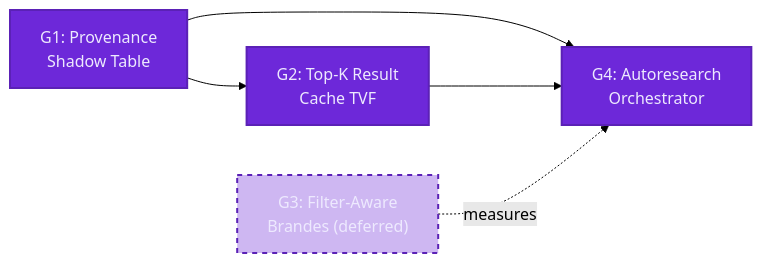
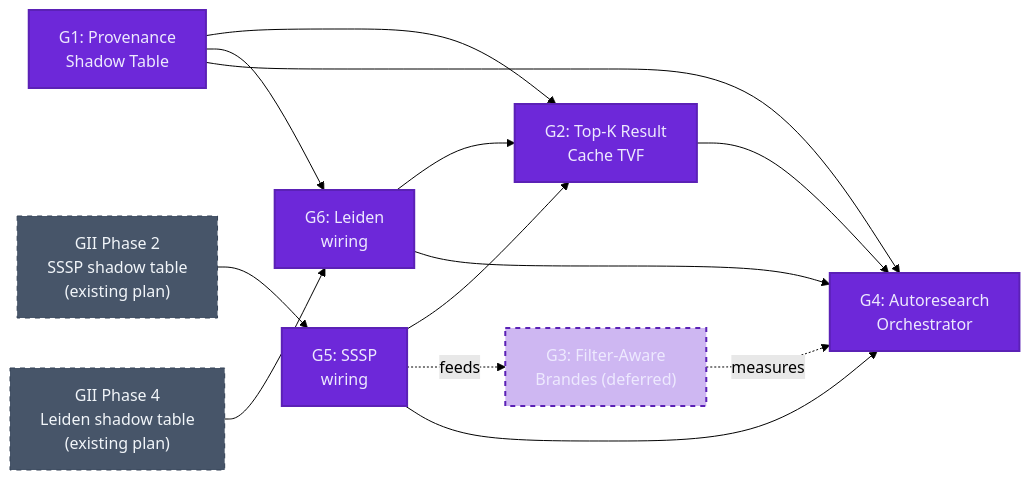
One commit to neozenith/sqlite-muninn changed the first of 5 diagrams in docs/plans/adv-centrality-filtering.md. Above: the diagram before and after it, drawn with Mermaid (forest theme). The commit also changed other lines of this file, not shown here.

Commit message:
updated plan spec

````diff
--- a/docs/plans/adv-centrality-filtering.md
+++ b/docs/plans/adv-centrality-filtering.md
@@ -34,11 +36,21 @@
 ```mermaid
 flowchart LR
+    GII2["GII Phase 2<br/>SSSP shadow table<br/>(existing plan)"] --> G5["G5: SSSP<br/>wiring"]
+    GII4["GII Phase 4<br/>Leiden shadow table<br/>(existing plan)"] --> G6["G6: Leiden<br/>wiring"]
     G1["G1: Provenance<br/>Shadow Table"] --> G2["G2: Top-K Result<br/>Cache TVF"]
+    G1 --> G6
+    G5 --> G2
+    G5 -.feeds.-> G3
+    G6 --> G2
     G1 --> G4["G4: Autoresearch<br/>Orchestrator"]
     G2 --> G4
+    G5 --> G4
+    G6 --> G4
     G3["G3: Filter-Aware<br/>Brandes (deferred)"] -.measures.-> G4
     classDef gap fill:#6d28d9,stroke:#5b21b6,color:#ede9fe,stroke-width:2px
     classDef deferred fill:#6d28d955,stroke:#5b21b6,color:#ede9fe,stroke-width:2px,stroke-dasharray:5 5
-    class G1,G2,G4 gap
+    classDef external fill:#475569,stroke:#334155,color:#f1f5f9,stroke-width:1px,stroke-dasharray:5 5
+    class G1,G2,G4,G5,G6 gap
     class G3 deferred
+    class GII2,GII4 external
 ```
````
